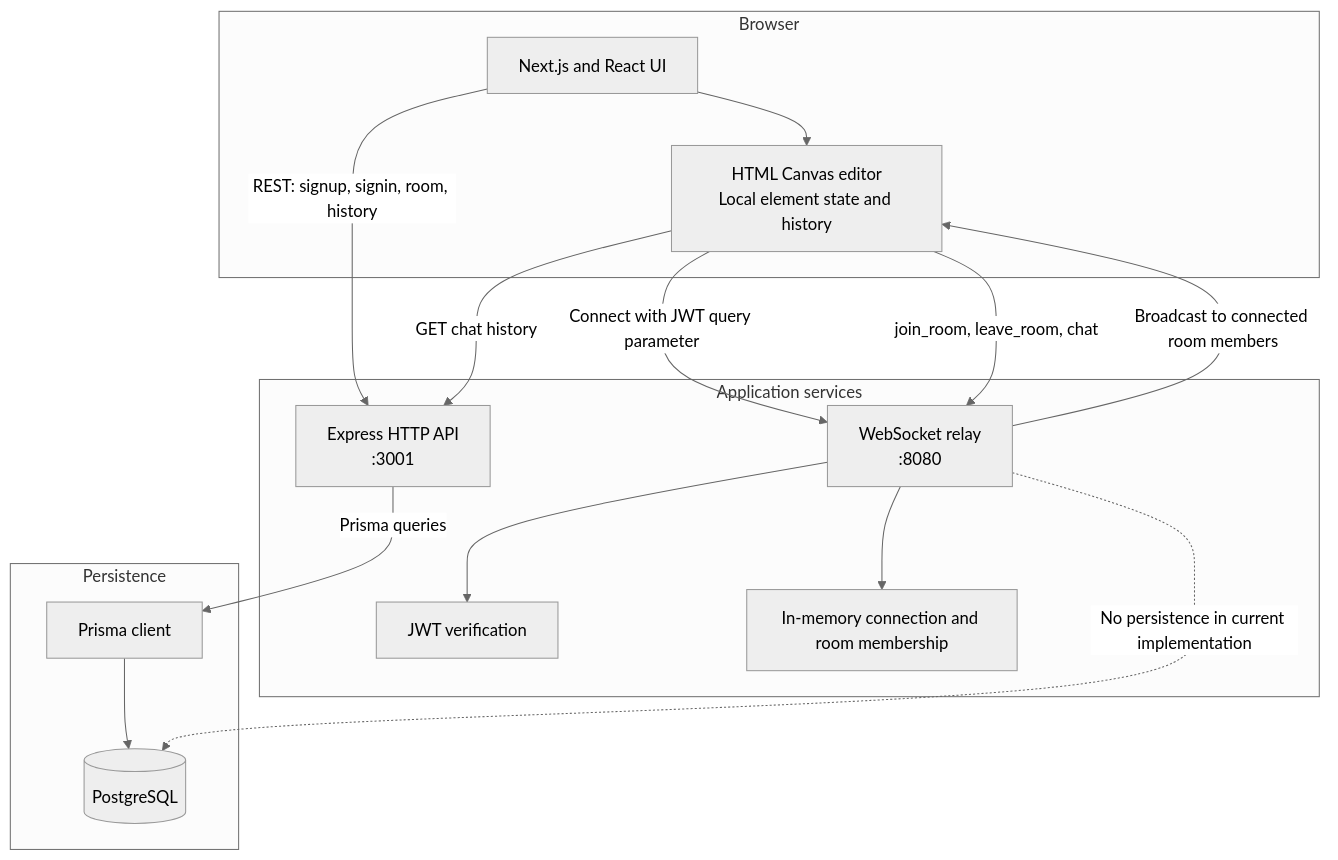
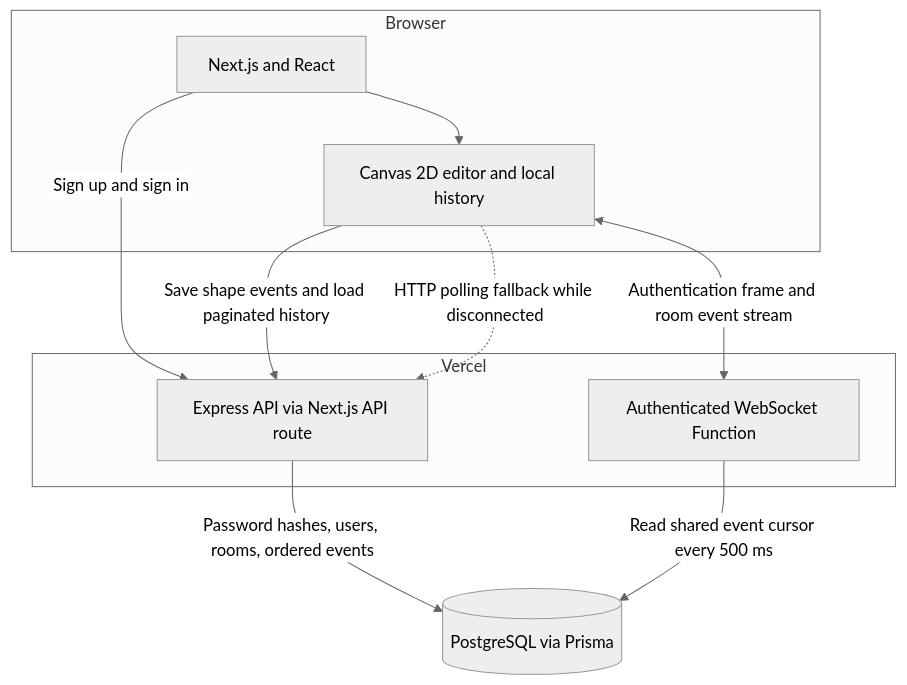
One commit to HA2345567/DrawScape changed the diagram in README.md. Above: the diagram before and after it, drawn with Mermaid (neutral theme). The commit also changed other lines of this file and 47 other files, not shown here.

Commit message:
fix: secure auth and deploy durable collaboration on Vercel

````diff
--- a/README.md
+++ b/README.md
@@ -28,32 +20,19 @@
 ```mermaid
 flowchart TB
-  subgraph Client[Browser]
-    UI[Next.js and React UI]
-    Canvas[HTML Canvas editor\nLocal element state and history]
+  subgraph Browser
+    UI[Next.js and React]
+    Canvas[Canvas 2D editor and local history]
     UI --> Canvas
   end
-
-  subgraph Services[Application services]
-    API[Express HTTP API\n:3001]
-    Realtime[WebSocket relay\n:8080]
-    Auth[JWT verification]
-    Rooms[In-memory connection and room membership]
-    Realtime --> Auth
-    Realtime --> Rooms
+  subgraph Vercel
+    API[Express API via Next.js API route]
+    WS[Authenticated WebSocket Function]
   end
-
-  subgraph Data[Persistence]
-    Prisma[Prisma client]
-    PostgreSQL[(PostgreSQL)]
-    Prisma --> PostgreSQL
-  end
-
-  UI -->|REST: signup, signin, room, history| API
-  API -->|Prisma queries| Prisma
-  Canvas -->|Connect with JWT query parameter| Realtime
-  Canvas -->|join_room, leave_room, chat| Realtime
-  Realtime -->|Broadcast to connected room members| Canvas
-  Canvas -->|GET chat history| API
-
-  Realtime -. "No persistence in current implementation" .-> PostgreSQL
+  DB[(PostgreSQL via Prisma)]
+  UI -->|Sign up and sign in| API
+  Canvas -->|Save shape events and load paginated history| API
+  API -->|Password hashes, users, rooms, ordered events| DB
+  Canvas <-->|Authentication frame and room event stream| WS
+  WS -->|Read shared event cursor every 500 ms| DB
+  Canvas -.->|HTTP polling fallback while disconnected| API
 ```
````
